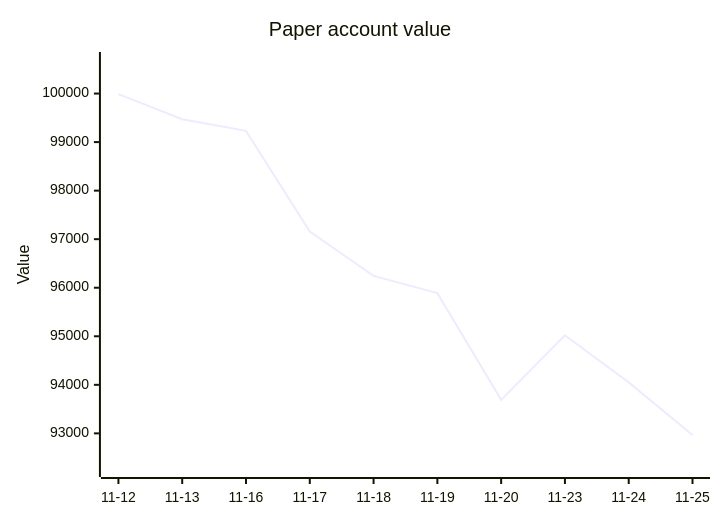
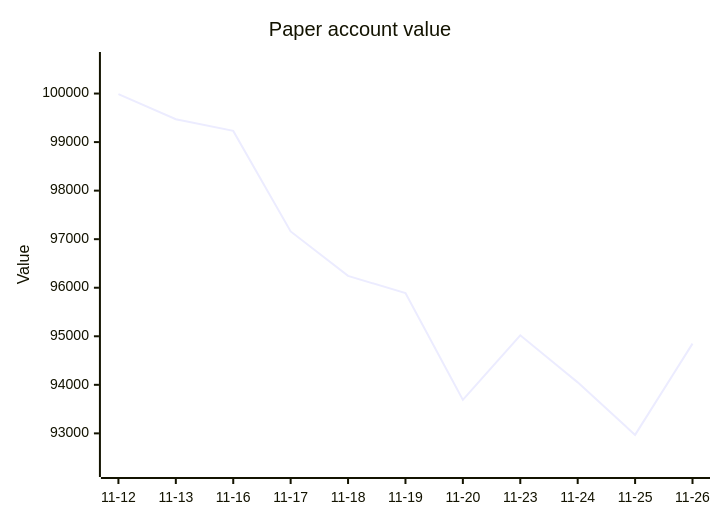
The second of 2 diagrams in 00 - Bot Dashboard.md (owlpowell50-creator/trading-bot), drawn with Mermaid before and after one commit. The commit also changed other lines of this file and 17 other files, not shown here.

````diff
--- a/00 - Bot Dashboard.md
+++ b/00 - Bot Dashboard.md
@@ -68,7 +69,7 @@
 ```mermaid
 xychart-beta
     title "Paper account value"
-    x-axis ["11-12", "11-13", "11-16", "11-17", "11-18", "11-19", "11-20", "11-23", "11-24", "11-25"]
+    x-axis ["11-12", "11-13", "11-16", "11-17", "11-18", "11-19", "11-20", "11-23", "11-24", "11-25", "11-26"]
     y-axis "Value" 92266 --> 100691
-    line [99989.1, 99470.6, 99230.9, 97159.3, 96244.1, 95888.9, 93690.1, 95020.8, 94050.6, 92968.3]
+    line [99989.1, 99470.6, 99230.9, 97159.3, 96244.1, 95888.9, 93690.1, 95020.8, 94050.6, 92968.3, 94848.3]
 ```
````
